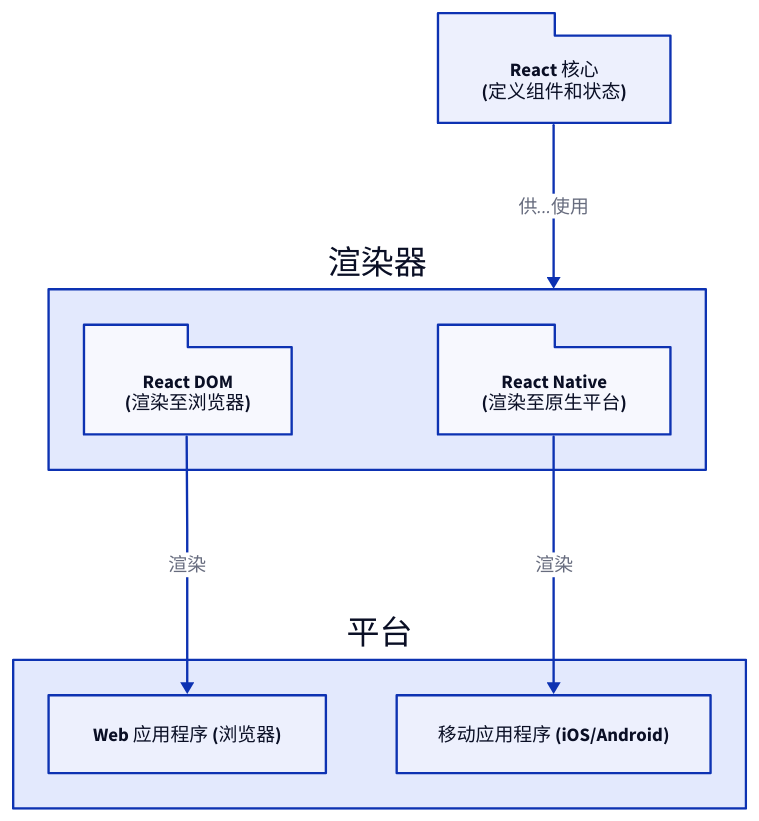
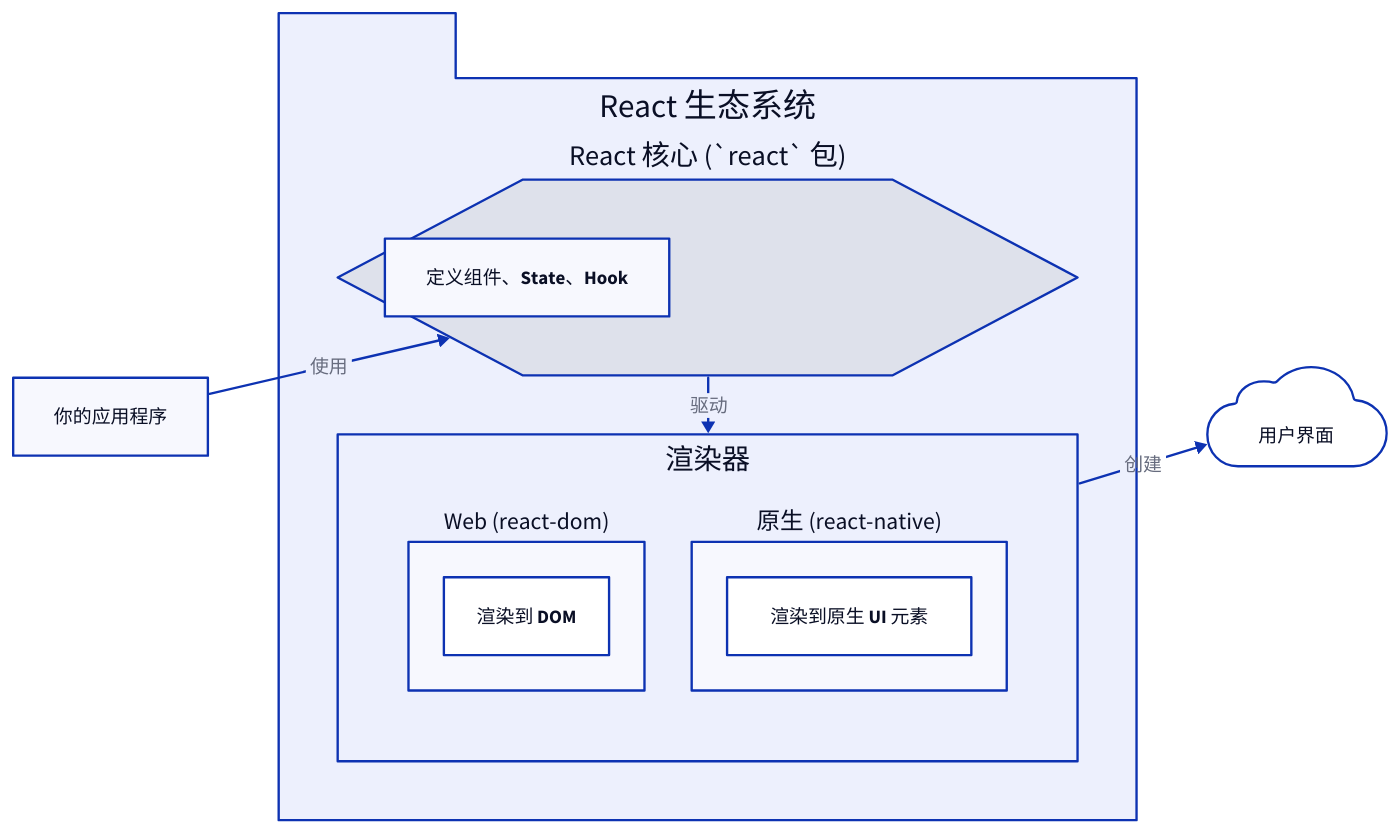
The diagram in packages/react/.aigne/doc-smith/docs/overview.zh.md (lban2049/react), drawn with D2 before and after one commit. The commit also changed other lines of this file and 46 other files, not shown here.

````diff
--- a/packages/react/.aigne/doc-smith/docs/overview.zh.md
+++ b/packages/react/.aigne/doc-smith/docs/overview.zh.md
@@ -25,31 +41,41 @@
 ```d2
 direction: down
 
-"react": {
-  label: "React 核心\n(定义组件和状态)"
-  shape: package
+"你的应用程序" {
+  shape: rectangle
 }
 
-renderers: {
-  label: "渲染器"
-  "react-dom": {
-    label: "React DOM\n(渲染至浏览器)"
-    shape: package
+"React 生态系统" {
+  shape: package
+  grid-columns: 1
+  grid-gap: 50
+
+  "React 核心 (`react` 包)": {
+    shape: hexagon
+    "定义组件、State、Hook"
   }
-  "react-native": {
-    label: "React Native\n(渲染至原生平台)"
-    shape: package
+
+  "渲染器": {
+    shape: rectangle
+    grid-columns: 2
+    
+    "react-dom": {
+      label: "Web (react-dom)"
+      "渲染到 DOM"
+    }
+    
+    "react-native": {
+      label: "原生 (react-native)"
+      "渲染到原生 UI 元素"
+    }
   }
 }
 
-platforms: {
-  label: "平台"
-  "Web 应用程序 (浏览器)"
-  "移动应用程序 (iOS/Android)"
+"用户界面": {
+  shape: cloud
 }
 
-"react" -> renderers: "供...使用"
-renderers."react-dom" -> platforms."Web 应用程序 (浏览器)": 渲染
-renderers."react-native" -> platforms."移动应用程序 (iOS/Android)": 渲染
-
+"你的应用程序" -> "React 生态系统"."React 核心 (`react` 包)": "使用"
+"React 生态系统"."React 核心 (`react` 包)" -> "React 生态系统".渲染器: "驱动"
+"React 生态系统".渲染器 -> "用户界面": "创建"
 ```
````
